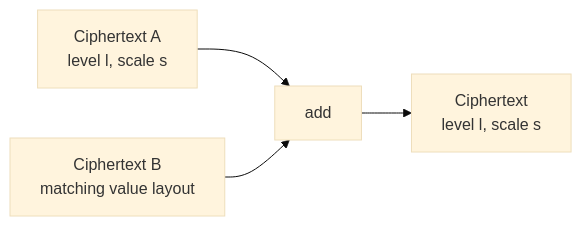
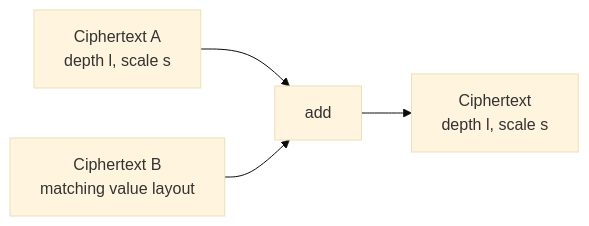
The first of 5 diagrams in docs/concepts/ckks/evaluator-operation-transitions.md (visualDust/fhelium), drawn with Mermaid (base theme) before and after one commit. The commit also changed other lines of this file and 369 other files, not shown here.

````diff
--- a/docs/concepts/ckks/evaluator-operation-transitions.md
+++ b/docs/concepts/ckks/evaluator-operation-transitions.md
@@ -17,10 +17,10 @@
 ```mermaid
 flowchart LR
-    A[Ciphertext A<br/>level l, scale s]
+    A[Ciphertext A<br/>depth l, scale s]
     B[Ciphertext B<br/>matching value layout]
     ADD[add]
-    C[Ciphertext<br/>level l, scale s]
+    C[Ciphertext<br/>depth l, scale s]
     A --> ADD
     B --> ADD
     ADD --> C
 ```
````
